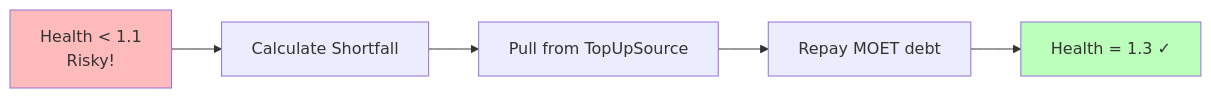
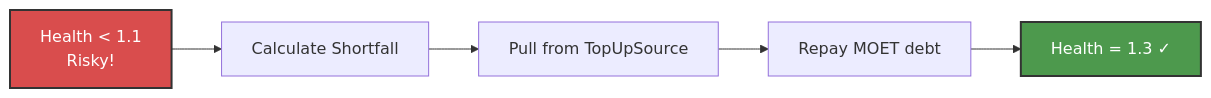
One commit to onflow/docs changed the fourth of 11 diagrams in docs/defi/alp/moet-role.md. Above: the diagram before and after it, drawn with Mermaid. The commit also changed other lines of this file and 12 other files, not shown here.

````diff
--- a/docs/defi/alp/moet-role.md
+++ b/docs/defi/alp/moet-role.md
@@ -107,10 +105,10 @@
 ```mermaid
 graph LR
     A[Health < 1.1<br/>Risky!] --> B[Calculate Shortfall]
     B --> C[Pull from TopUpSource]
     C --> D[Repay MOET debt]
     D --> E[Health = 1.3 ✓]
 
-    style A fill:#fbb
-    style E fill:#bfb
+    style A fill:#d94d4d,stroke:#333,stroke-width:2px,color:#fff
+    style E fill:#4d994d,stroke:#333,stroke-width:2px,color:#fff
 ```
````
